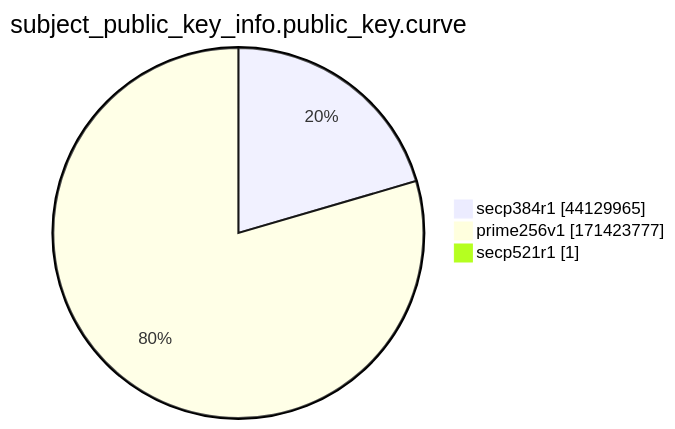
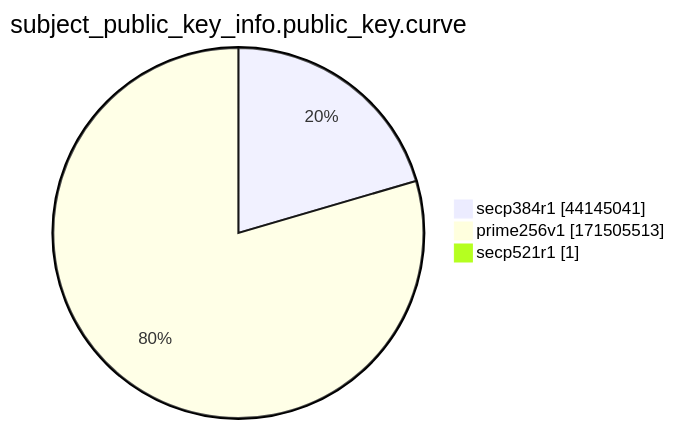
The ninth of 15 diagrams in xenon2022/README.md (christiankrug/ctmonitor_visualization), drawn with Mermaid before and after one commit. The commit also changed other lines of this file, not shown here.

````diff
--- a/xenon2022/README.md
+++ b/xenon2022/README.md
@@ -2871,7 +2871,7 @@
 ```mermaid
 pie showData
 title subject_public_key_info.public_key.curve
-"secp384r1" :44129965
-"prime256v1" :171423777
+"secp384r1" :44145041
+"prime256v1" :171505513
 "secp521r1" :1
 ```
````
